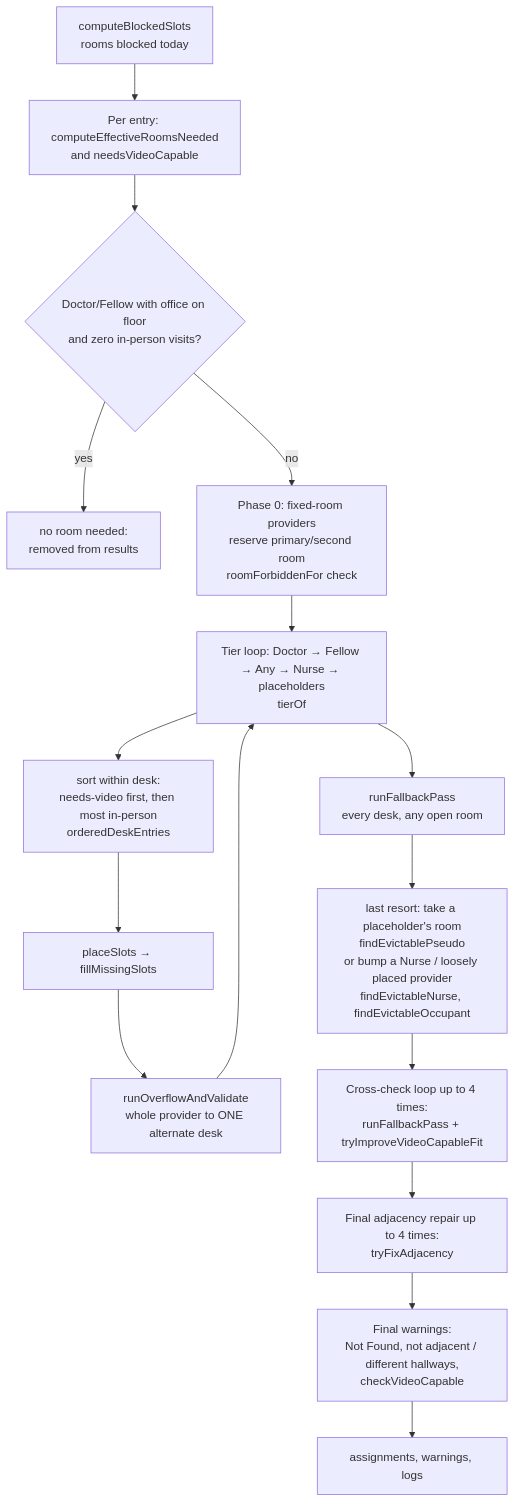
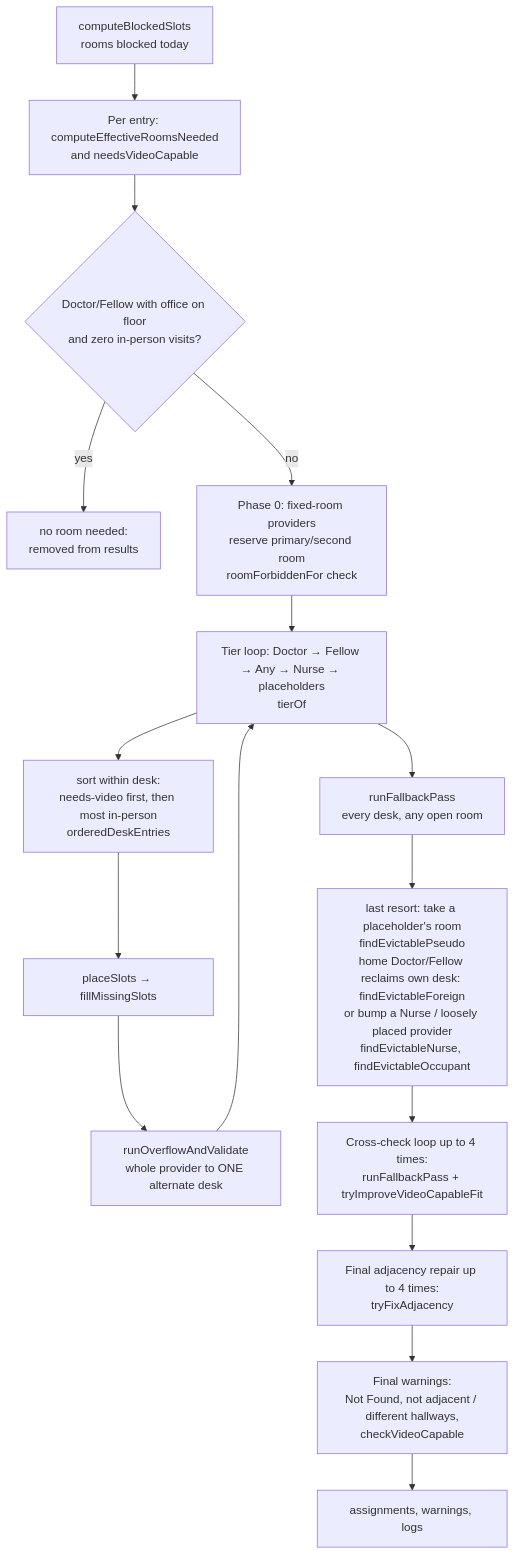
One commit to FerdousiHaque/room-assignment-app changed the third of 4 diagrams in docs/ASSIGNMENT_FLOW.md. Above: the diagram before and after it, drawn with Mermaid. The commit also changed other lines of this file and 2 other files, not shown here.

First line of the commit message:
Home-desk priority: Doctors/Fellows reclaim own desk rooms from foreign providers (rule #30)

````diff
--- a/docs/ASSIGNMENT_FLOW.md
+++ b/docs/ASSIGNMENT_FLOW.md
@@ -48,19 +48,19 @@
 ```mermaid
 flowchart TD
     S0["computeBlockedSlots<br/>rooms blocked today"] --> S1
     S1["Per entry: computeEffectiveRoomsNeeded<br/>and needsVideoCapable"] --> S2
     S2{"Doctor/Fellow with office on floor<br/>and zero in-person visits?"} -- yes --> SKIP["no room needed:<br/>removed from results"]
     S2 -- no --> P0
     P0["Phase 0: fixed-room providers<br/>reserve primary/second room<br/>roomForbiddenFor check"] --> T
     T["Tier loop: Doctor → Fellow → Any → Nurse → placeholders<br/>tierOf"]
     T --> T1["sort within desk:<br/>needs-video first, then most in-person<br/>orderedDeskEntries"]
     T1 --> T2["placeSlots → fillMissingSlots"]
     T2 --> T3["runOverflowAndValidate<br/>whole provider to ONE alternate desk"]
     T3 --> T
     T --> FB["runFallbackPass<br/>every desk, any open room"]
-    FB --> FB2["last resort: take a placeholder's room<br/>findEvictablePseudo<br/>or bump a Nurse / loosely placed provider<br/>findEvictableNurse, findEvictableOccupant"]
+    FB --> FB2["last resort: take a placeholder's room<br/>findEvictablePseudo<br/>home Doctor/Fellow reclaims own desk: findEvictableForeign<br/>or bump a Nurse / loosely placed provider<br/>findEvictableNurse, findEvictableOccupant"]
     FB2 --> CC["Cross-check loop up to 4 times:<br/>runFallbackPass + tryImproveVideoCapableFit"]
     CC --> ADJ["Final adjacency repair up to 4 times:<br/>tryFixAdjacency"]
     ADJ --> WARN["Final warnings:<br/>Not Found, not adjacent / different hallways,<br/>checkVideoCapable"]
     WARN --> OUT["assignments, warnings, logs"]
 ```
````
